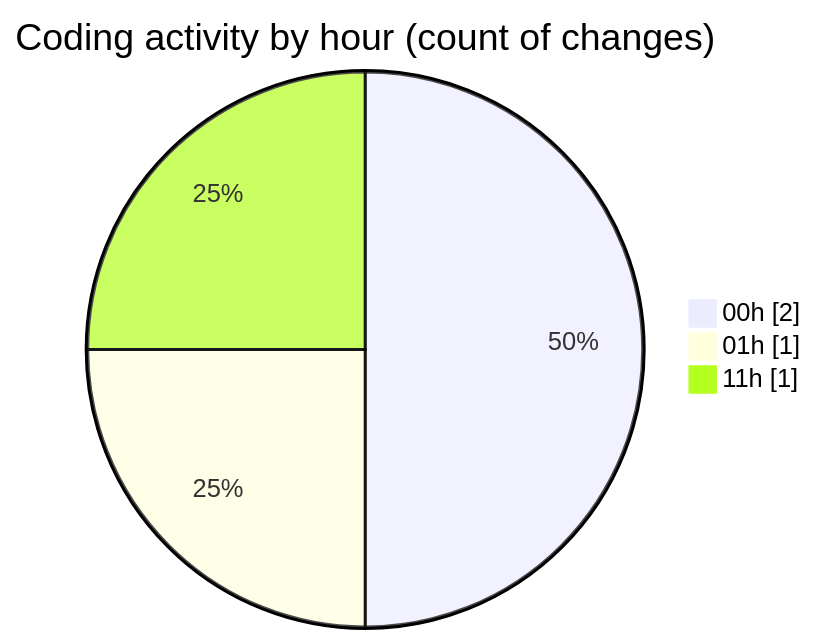
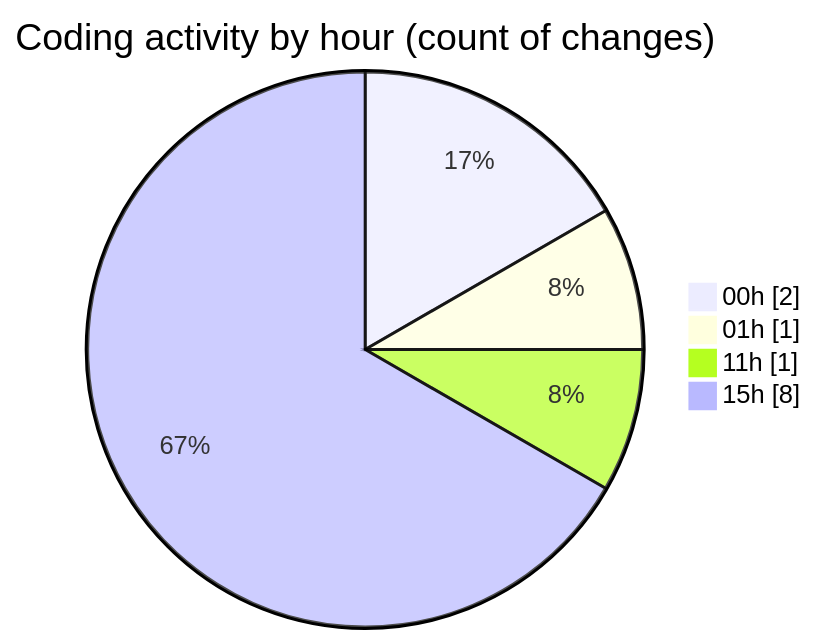
One commit to EIIisD/code-tracking changed the second of 2 diagrams in 2025-08-07/fish/README.md. Above: the diagram before and after it, drawn with Mermaid. The commit also changed other lines of this file and 1 other file, not shown here.

````diff
--- a/2025-08-07/fish/README.md
+++ b/2025-08-07/fish/README.md
@@ -28,7 +30,8 @@
 ```mermaid
 pie showData
 title Coding activity by hour (count of changes)
 "00h" : 2
 "01h" : 1
 "11h" : 1
+"15h" : 8
 ```
````
